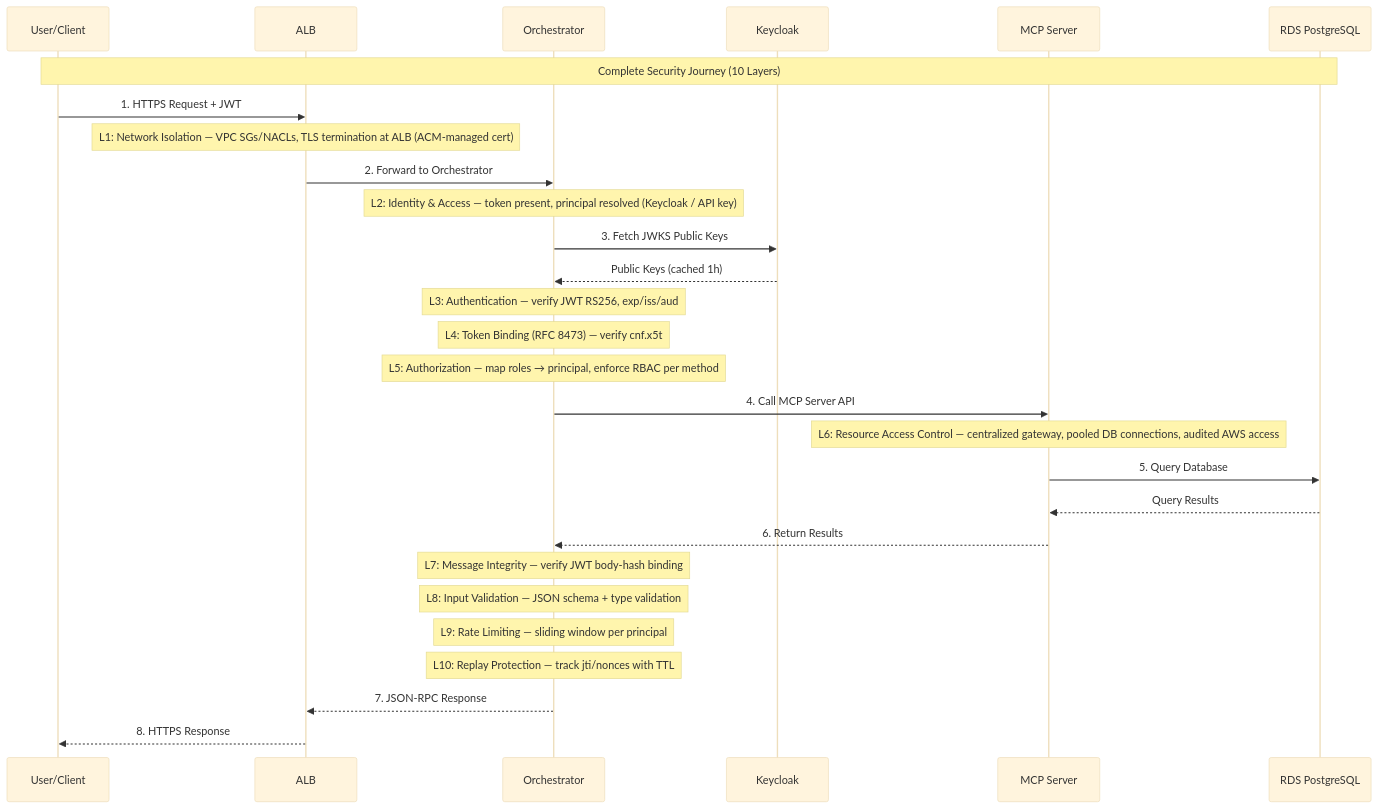
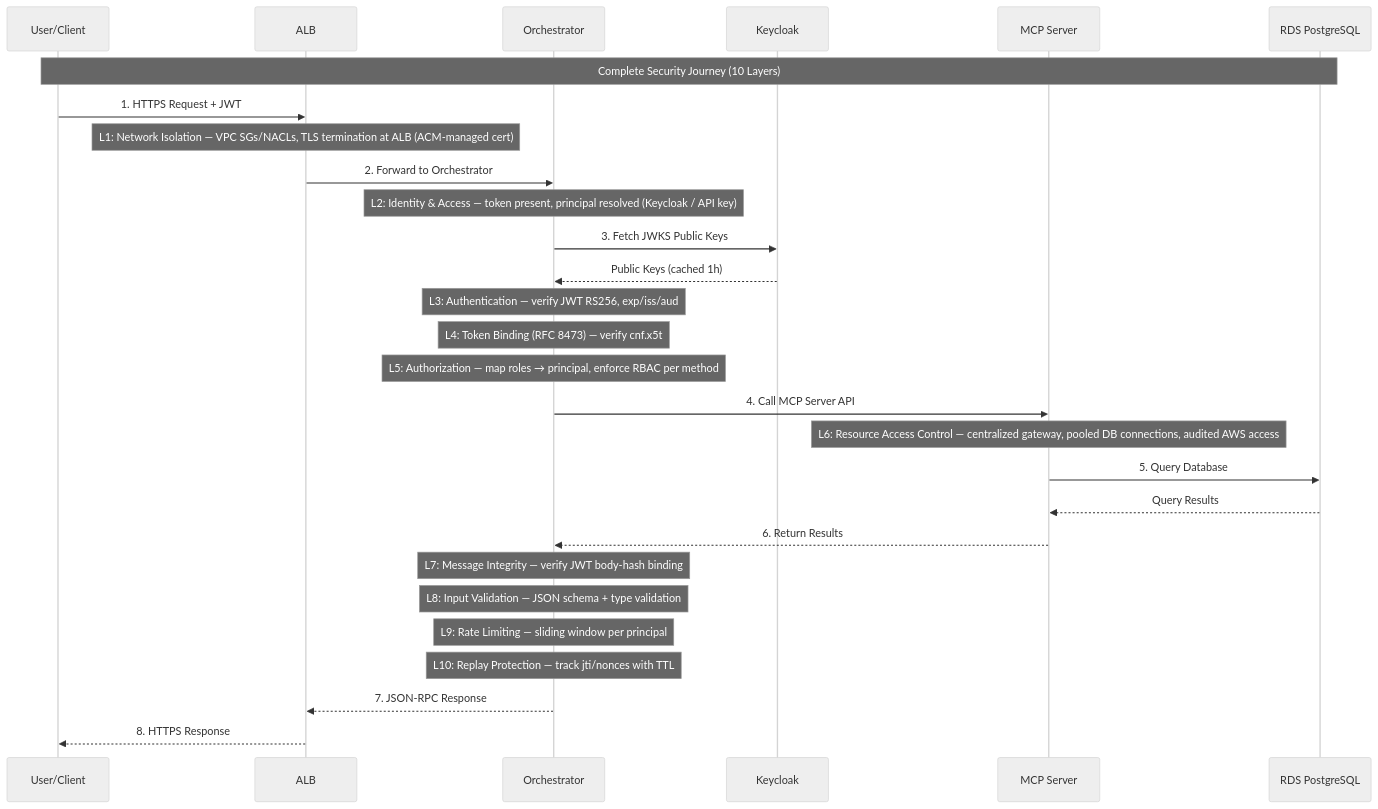
Before and after one commit to jaafar-benabderrazak/ca_a2a: the fourth of 10 diagrams in CA_A2A_COMPLETE_SECURITY_DOCUMENTATION.md, drawn with Mermaid. The commit also changed other lines of this file, not shown here.

Commit message:
Make Mermaid graphs smaller by removing fontSize overrides

````diff
--- a/CA_A2A_COMPLETE_SECURITY_DOCUMENTATION.md
+++ b/CA_A2A_COMPLETE_SECURITY_DOCUMENTATION.md
@@ -304,48 +304,48 @@
 ```mermaid
-%%{init: {"theme":"base","themeVariables":{"fontSize":"12px"}}}%%
+%%{init: {"theme":"neutral"}}%%
 sequenceDiagram
     participant User as User/Client
     participant ALB as ALB
     participant Orch as Orchestrator
     participant KC as Keycloak
     participant MCP as MCP Server
     participant RDS as RDS PostgreSQL
 
     Note over User,RDS: Complete Security Journey (10 Layers)
 
     User->>ALB: 1. HTTPS Request + JWT
     
     Note over ALB: L1: Network Isolation — VPC SGs/NACLs, TLS termination at ALB (ACM-managed cert)
     
     ALB->>Orch: 2. Forward to Orchestrator
     
     Note over Orch: L2: Identity & Access — token present, principal resolved (Keycloak / API key)
     
     Orch->>KC: 3. Fetch JWKS Public Keys
     KC-->>Orch: Public Keys (cached 1h)
     
     Note over Orch: L3: Authentication — verify JWT RS256, exp/iss/aud
     
     Note over Orch: L4: Token Binding (RFC 8473) — verify cnf.x5t#S256 matches presented cert
     
     Note over Orch: L5: Authorization — map roles → principal, enforce RBAC per method
     
     Orch->>MCP: 4. Call MCP Server API
     
     Note over MCP: L6: Resource Access Control — centralized gateway, pooled DB connections, audited AWS access
     
     MCP->>RDS: 5. Query Database
     RDS-->>MCP: Query Results
     MCP-->>Orch: 6. Return Results
     
     Note over Orch: L7: Message Integrity — verify JWT body-hash binding
     
     Note over Orch: L8: Input Validation — JSON schema + type validation
     
     Note over Orch: L9: Rate Limiting — sliding window per principal
     
     Note over Orch: L10: Replay Protection — track jti/nonces with TTL
     
     Orch-->>ALB: 7. JSON-RPC Response
     ALB-->>User: 8. HTTPS Response
 ```
````
